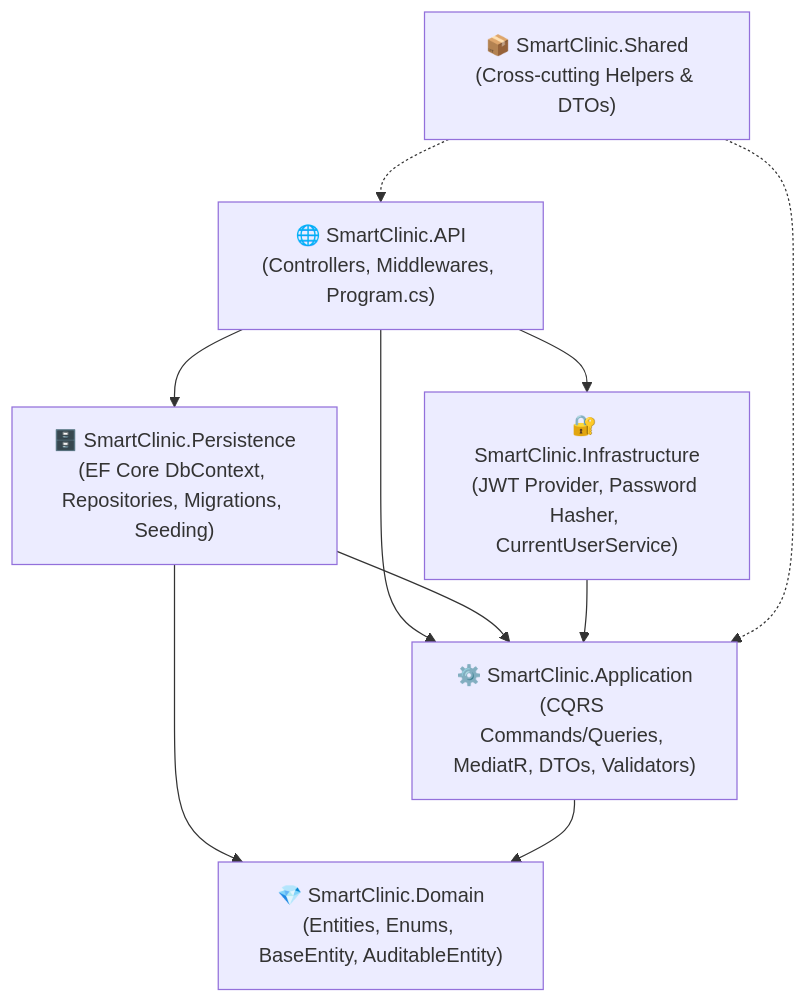
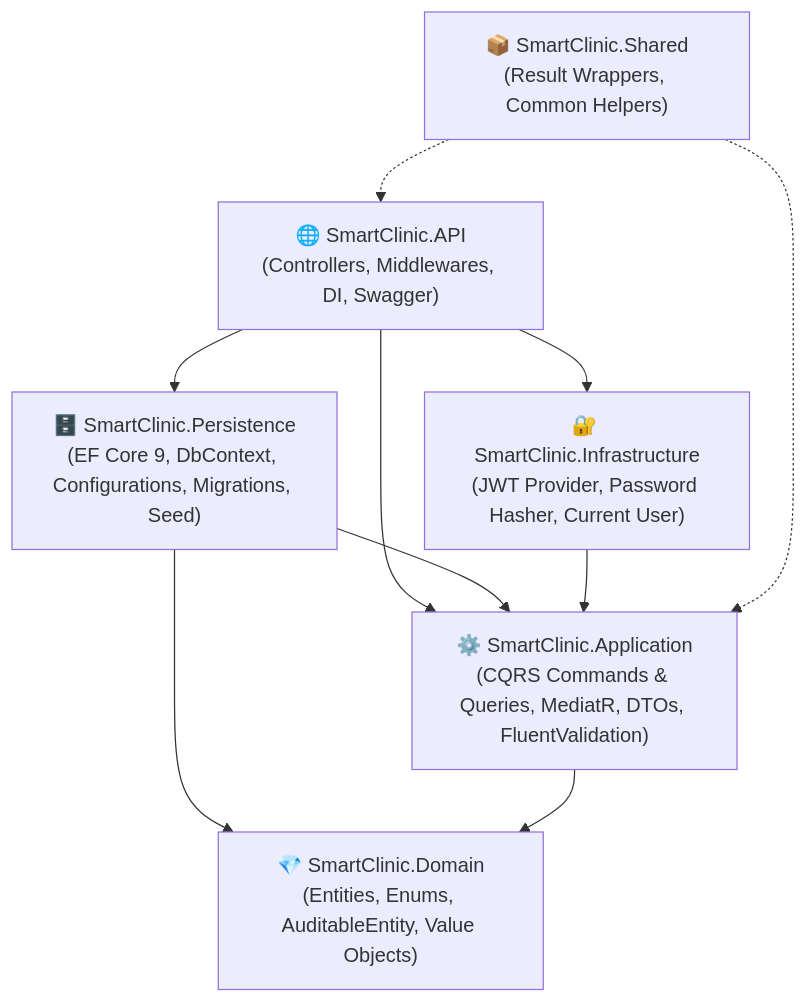
Before and after one commit to FaroukM2/SmartClinic: the second of 3 diagrams in README.md, drawn with Mermaid. The commit also changed other lines of this file and 292 other files, not shown here.

````diff
--- a/README.md
+++ b/README.md
@@ -47,15 +119,19 @@
 ```mermaid
 graph TD
-    API["🌐 SmartClinic.API\n(Controllers, Middlewares, Program.cs)"] --> Application["⚙️ SmartClinic.Application\n(CQRS Commands/Queries, MediatR, DTOs, Validators)"]
-    API --> Infrastructure["🔐 SmartClinic.Infrastructure\n(JWT Provider, Password Hasher, CurrentUserService)"]
-    API --> Persistence["🗄️ SmartClinic.Persistence\n(EF Core DbContext, Repositories, Migrations, Seeding)"]
-    
+    API["🌐 SmartClinic.API\n(Controllers, Middlewares, DI, Swagger)"]
+    Application["⚙️ SmartClinic.Application\n(CQRS Commands & Queries, MediatR, DTOs, FluentValidation)"]
+    Infrastructure["🔐 SmartClinic.Infrastructure\n(JWT Provider, Password Hasher, Current User)"]
+    Persistence["🗄️ SmartClinic.Persistence\n(EF Core 9, DbContext, Configurations, Migrations, Seed)"]
+    Domain["💎 SmartClinic.Domain\n(Entities, Enums, AuditableEntity, Value Objects)"]
+    Shared["📦 SmartClinic.Shared\n(Result Wrappers, Common Helpers)"]
+
+    API --> Application
+    API --> Infrastructure
+    API --> Persistence
     Persistence --> Application
-    Persistence --> Domain["💎 SmartClinic.Domain\n(Entities, Enums, BaseEntity, AuditableEntity)"]
-    
+    Persistence --> Domain
     Infrastructure --> Application
     Application --> Domain
-    
-    Shared["📦 SmartClinic.Shared\n(Cross-cutting Helpers & DTOs)"] -.-> API
+    Shared -.-> API
     Shared -.-> Application
 ```
````
